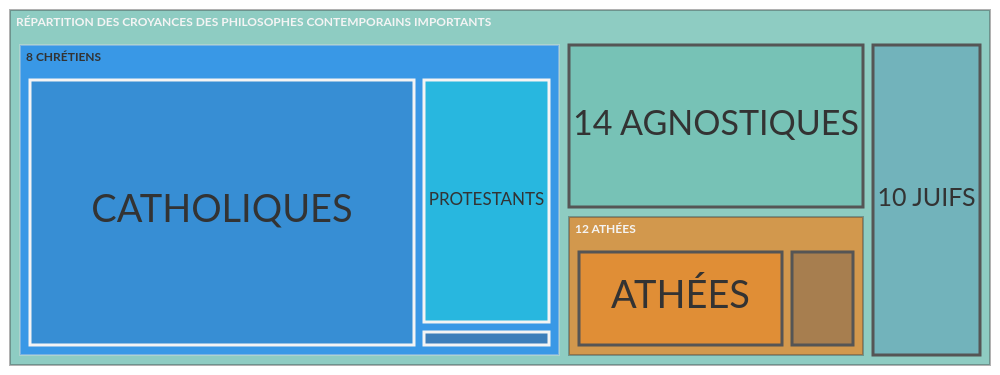
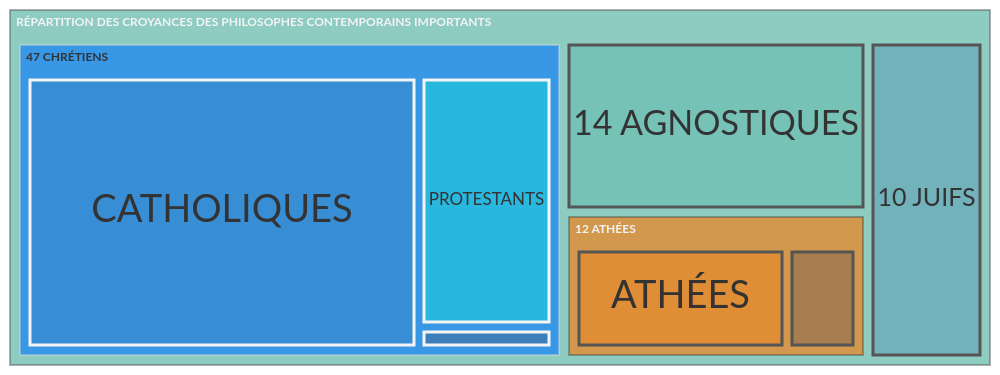
The diagram in croyance-philosophes-contemporains-réels.mmd (IpadDilectio/Mairmaid), drawn with Mermaid before and after one commit.

```diff
--- a/croyance-philosophes-contemporains-réels.mmd
+++ b/croyance-philosophes-contemporains-réels.mmd
@@ -1,35 +1,35 @@
 ---
 config:
   theme: neutral
   themeVariables:
     fontFamily: verdana
   treemap:
     showValues: false
     labelFontSize: 24
 ---
 treemap-beta
 "RÉPARTITION DES CROYANCES DES PHILOSOPHES CONTEMPORAINS IMPORTANTS":::menthe
   "11 PAÏENS":0:::ocre
   "1B":0%% Bouddhistes
   "1T":0%% Taoïstes
-  "8 CHRÉTIENS":::azul
+  "47 CHRÉTIENS":::azul
     "CHRÉTIENS":0:::azul
     "CATHOLIQUES":35:::bleu
     "ANGLICANS":1:::ardoise
     "PROTESTANTS":11:::turquoise
   "10 JUIFS":10:::bleu
   "2 MUSULMANS":0:::turquoise%% Musulmans
   "1P":0:::menthe%% Panthéistes
   "1 Déiste":0:::bleu%% Déiste (Rousseau)
   "12 ATHÉES":::orange
     "ATHÉES":9:::orange
     "MATÉRIALISTES":3:::ardoise
   "14 AGNOSTIQUES":14:::menthe
 classDef azul fill:#07F
 classDef turquoise fill:#0FC
 classDef orange fill:#F70
 classDef ocre fill:#963
 classDef bleu fill:#37A
 classDef menthe fill:#4A9
 classDef marron fill:#544
 classDef ardoise fill:#445
```
